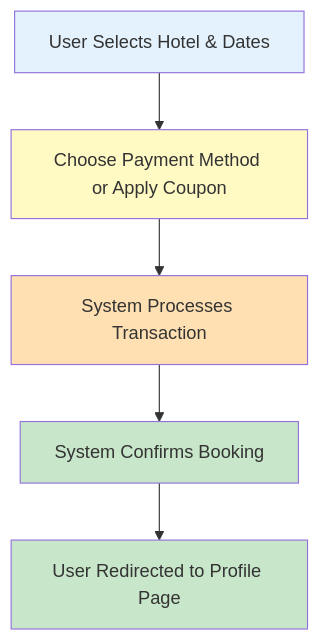
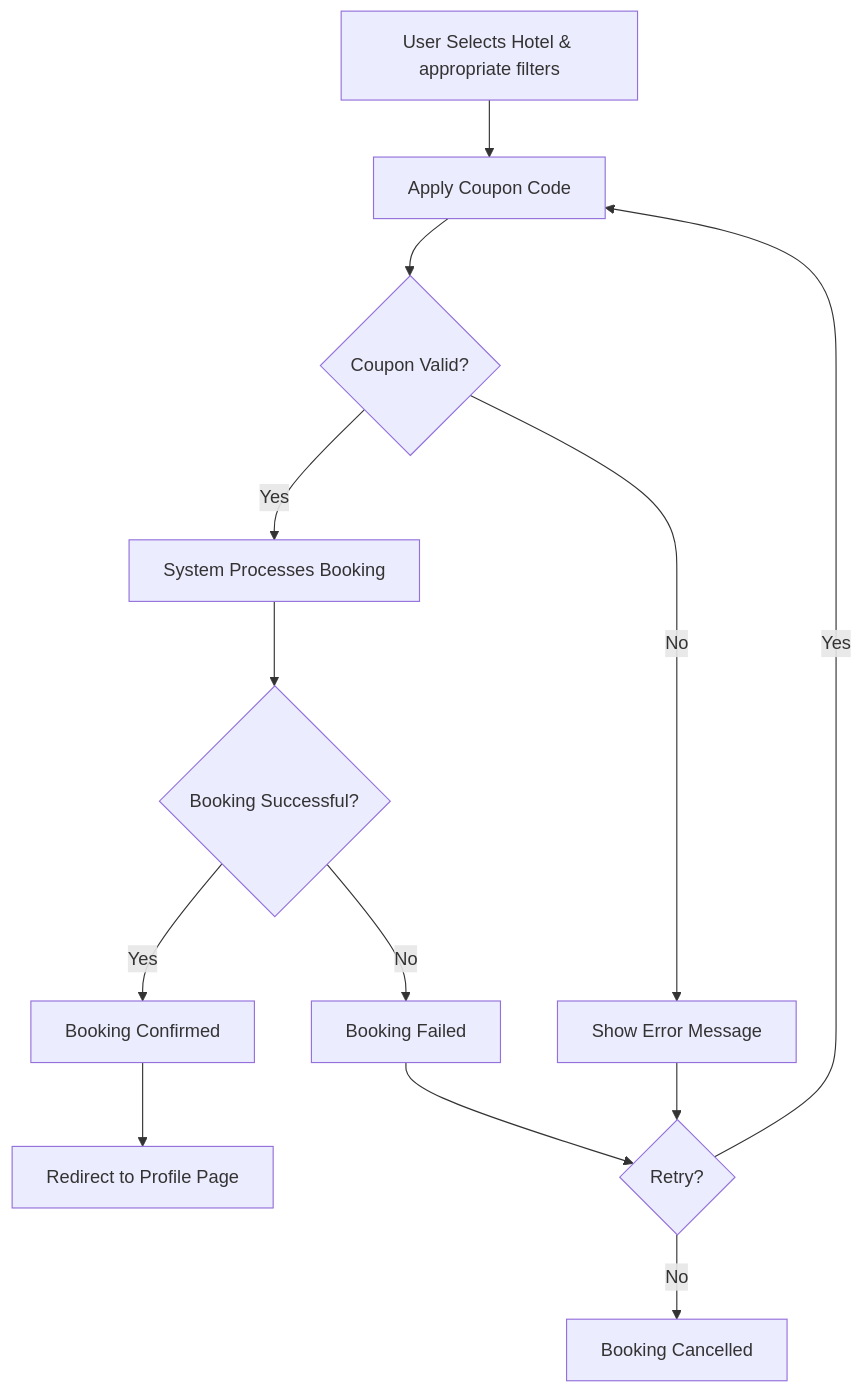
One commit to Khush-GKMIT/Hotel-Management-System-Docs changed the fourth of 4 diagrams in docs/business-cases.md. Above: the diagram before and after it, drawn with Mermaid. The commit also changed other lines of this file and 6 other files, not shown here.

Commit message:
Updated documentation: improved flowcharts with error handling and removed styling

````diff
--- a/docs/business-cases.md
+++ b/docs/business-cases.md
@@ -106,13 +97,15 @@
 ```mermaid
 flowchart TD
-    A[User Selects Hotel & Dates] --> B[Choose Payment Method or Apply Coupon]
-    B --> C[System Processes Transaction]
-    C --> D[System Confirms Booking]
-    D --> E[User Redirected to Profile Page]
-    
-    style A fill:#e3f2fd
-    style B fill:#fff9c4
-    style C fill:#ffe0b2
-    style D fill:#c8e6c9
-    style E fill:#c8e6c9
+    Start[User Selects Hotel & appropriate filters] --> Coupon[Apply Coupon Code]
+    Coupon --> Validate{Coupon Valid?}
+    Validate -->|Yes| Process[System Processes Booking]
+    Validate -->|No| Error[Show Error Message]
+    Error --> Retry{Retry?}
+    Retry -->|Yes| Coupon
+    Retry -->|No| Cancel[Booking Cancelled]
+    Process --> Confirm{Booking Successful?}
+    Confirm -->|Yes| Success[Booking Confirmed]
+    Confirm -->|No| Failed[Booking Failed]
+    Success --> Profile[Redirect to Profile Page]
+    Failed --> Retry
 ```
````
